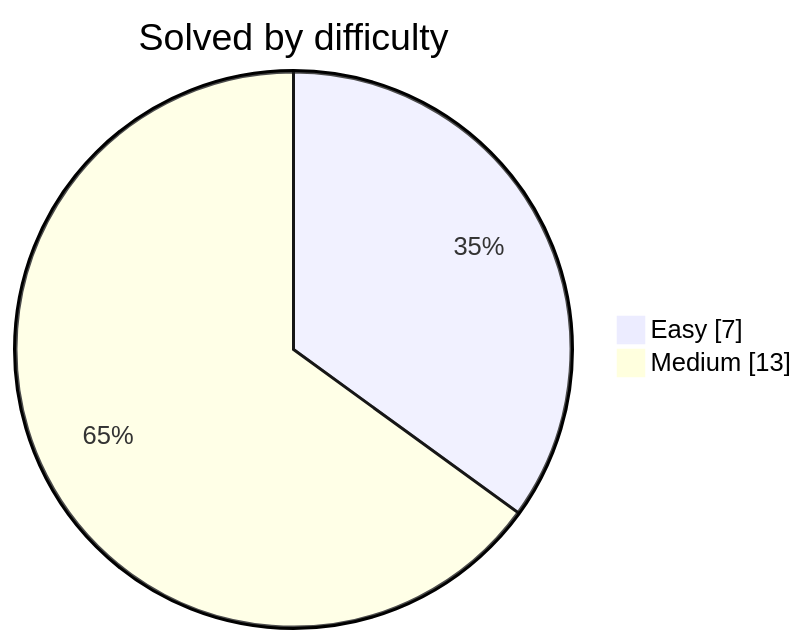
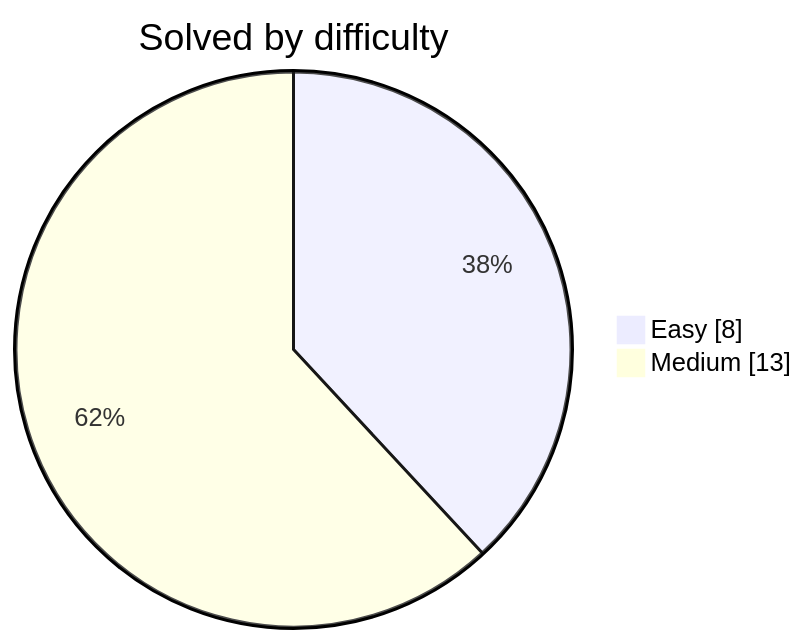
One commit to DwijeshD/leetcode-solutions changed the diagram in README.md. Above: the diagram before and after it, drawn with Mermaid. The commit also changed other lines of this file and 2 other files, not shown here.

````diff
--- a/README.md
+++ b/README.md
@@ -31,6 +31,6 @@
 ```mermaid
 pie showData
     title Solved by difficulty
-    "Easy" : 7
+    "Easy" : 8
     "Medium" : 13
 ```
````
